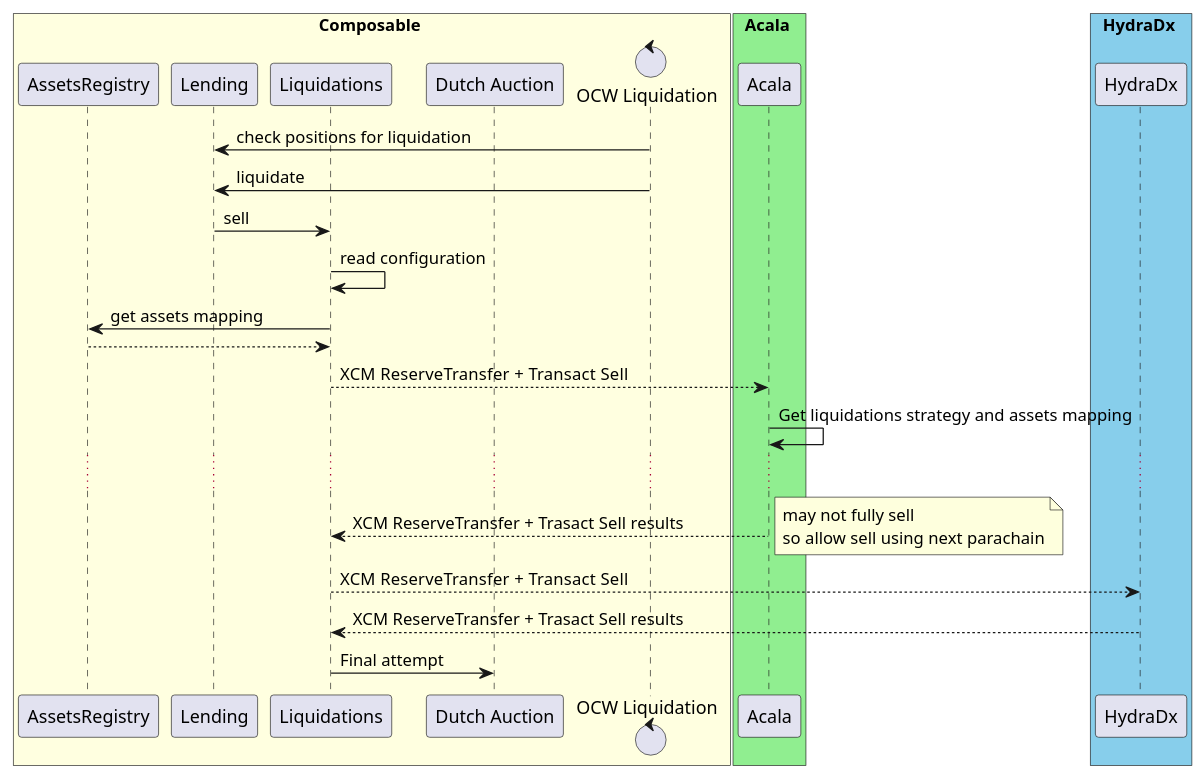
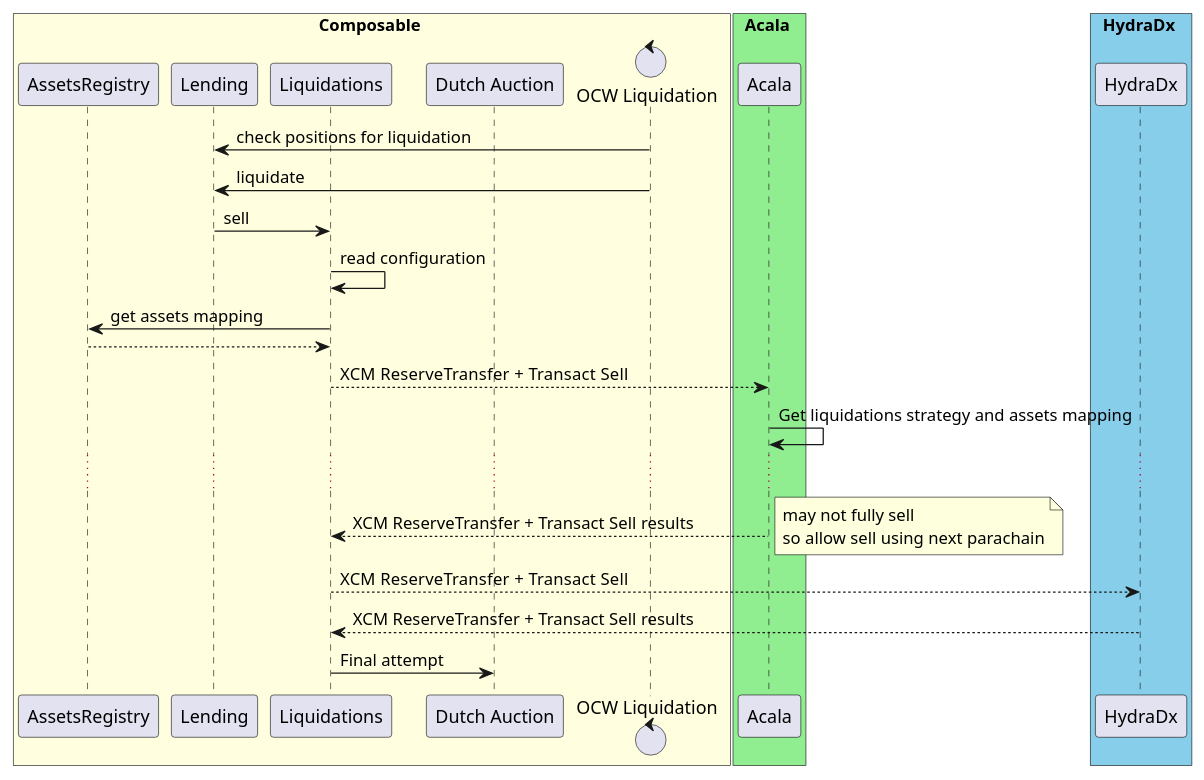
One commit to ComposableFi/composable changed the diagram in frame/liquidations/liqudation.sequence.plantuml. Above: the diagram before and after it, drawn with PlantUML. The commit also changed 41 other files, not shown here.

```diff
--- a/frame/liquidations/liqudation.sequence.plantuml
+++ b/frame/liquidations/liqudation.sequence.plantuml
@@ -1,36 +1,36 @@
 @startuml
 
 box Composable #LightYellow
   participant "AssetsRegistry" as pallet_assets_registry
   participant "Lending" as pallet_lending
   participant "Liquidations" as pallet_liquidations
   participant "Dutch Auction" as pallet_dutch_action
   control "OCW Liquidation" as ocw_lending
 end box
 
 box Acala #LightGreen
   participant "Acala" as pallet_engine_acala
 end box
 
 box HydraDx #SkyBlue
   participant "HydraDx" as pallet_engine_hydra
 end box
 
 ocw_lending -> pallet_lending : check positions for liquidation
 ocw_lending -> pallet_lending : liquidate
 pallet_lending -> pallet_liquidations: sell
 pallet_liquidations -> pallet_liquidations: read configuration
 pallet_liquidations -> pallet_assets_registry: get assets mapping
 return
 pallet_liquidations --> pallet_engine_acala: XCM  ReserveTransfer + Transact Sell
 pallet_engine_acala -> pallet_engine_acala: Get liquidations strategy and assets mapping
 ...
-pallet_engine_acala --> pallet_liquidations: XCM ReserveTransfer + Trasact Sell results
+pallet_engine_acala --> pallet_liquidations: XCM ReserveTransfer + Transact Sell results
 note right
   may not fully sell
   so allow sell using next parachain
 end note
 pallet_liquidations --> pallet_engine_hydra: XCM  ReserveTransfer + Transact Sell
-pallet_engine_hydra --> pallet_liquidations : XCM ReserveTransfer + Trasact Sell results
+pallet_engine_hydra --> pallet_liquidations : XCM ReserveTransfer + Transact Sell results
 pallet_liquidations -> pallet_dutch_action: Final attempt
 @enduml
```
